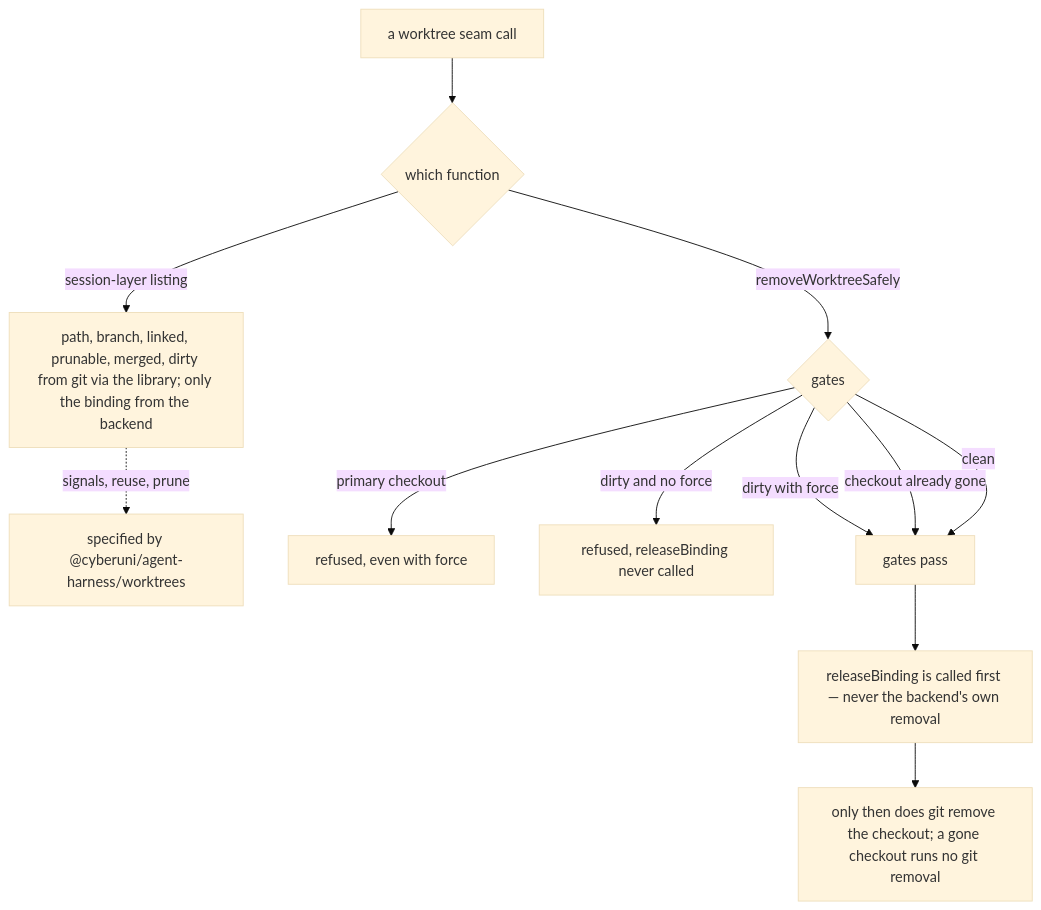
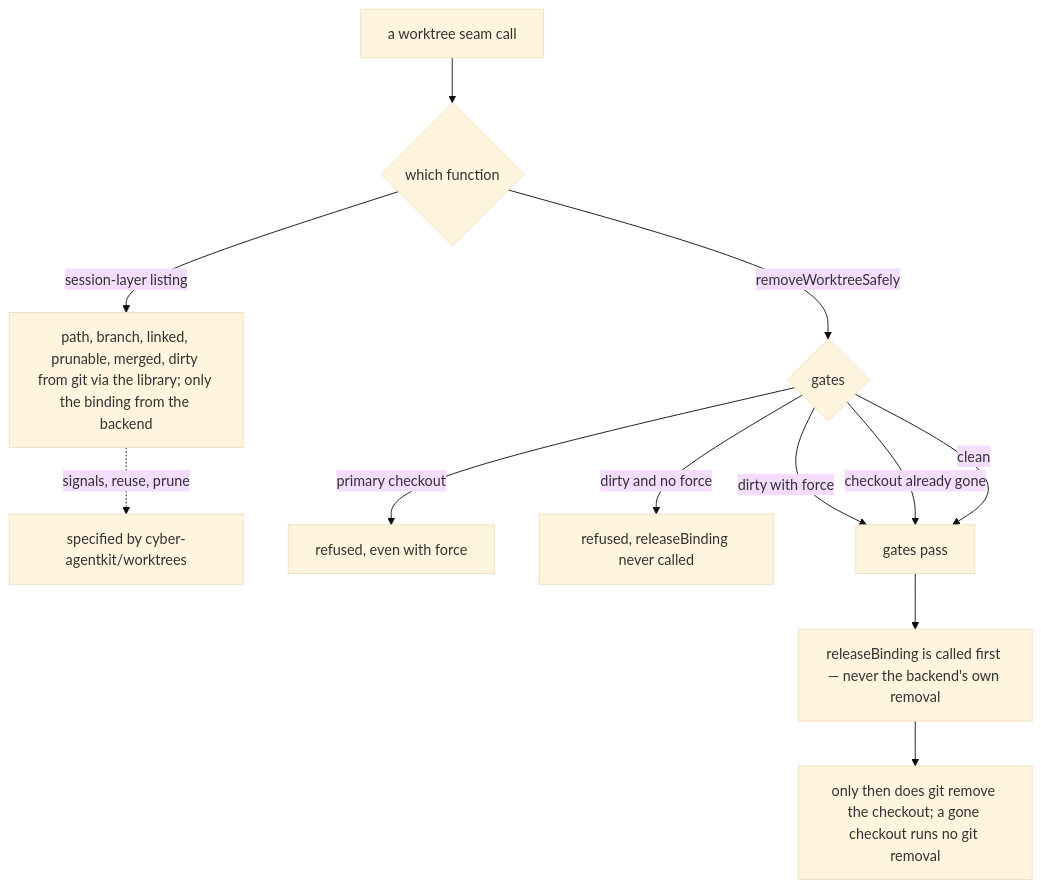
The diagram in packages/cyber-mux/.agents/spec/mux/worktree/README.md (cyberuni/cyber-mux), drawn with Mermaid (base theme) before and after one commit. The commit also changed other lines of this file and 14 other files, not shown here.

Commit message:
chore(cyber-mux): migrate from @cyberuni/agent-harness to cyber-agentkit 1.0.0

````diff
--- a/packages/cyber-mux/.agents/spec/mux/worktree/README.md
+++ b/packages/cyber-mux/.agents/spec/mux/worktree/README.md
@@ -66,14 +66,14 @@
 ```mermaid
 graph TD
   S["a worktree seam call"] --> SV{"which function"}
   SV -->|"session-layer listing"| GITF["path, branch, linked, prunable, merged, dirty from git via the library; only the binding from the backend"]
-  GITF -.->|"signals, reuse, prune"| LIB["specified by @cyberuni/agent-harness/worktrees"]
+  GITF -.->|"signals, reuse, prune"| LIB["specified by cyber-agentkit/worktrees"]
   SV -->|"removeWorktreeSafely"| GATES{"gates"}
   GATES -->|"primary checkout"| RREJ["refused, even with force"]
   GATES -->|"dirty and no force"| DREJ["refused, releaseBinding never called"]
   GATES -->|"dirty with force"| PASS
   GATES -->|"checkout already gone"| PASS
   GATES -->|"clean"| PASS["gates pass"]
   PASS --> REL["releaseBinding is called first — never the backend's own removal"]
   REL --> GITRM["only then does git remove the checkout; a gone checkout runs no git removal"]
 ```
````
